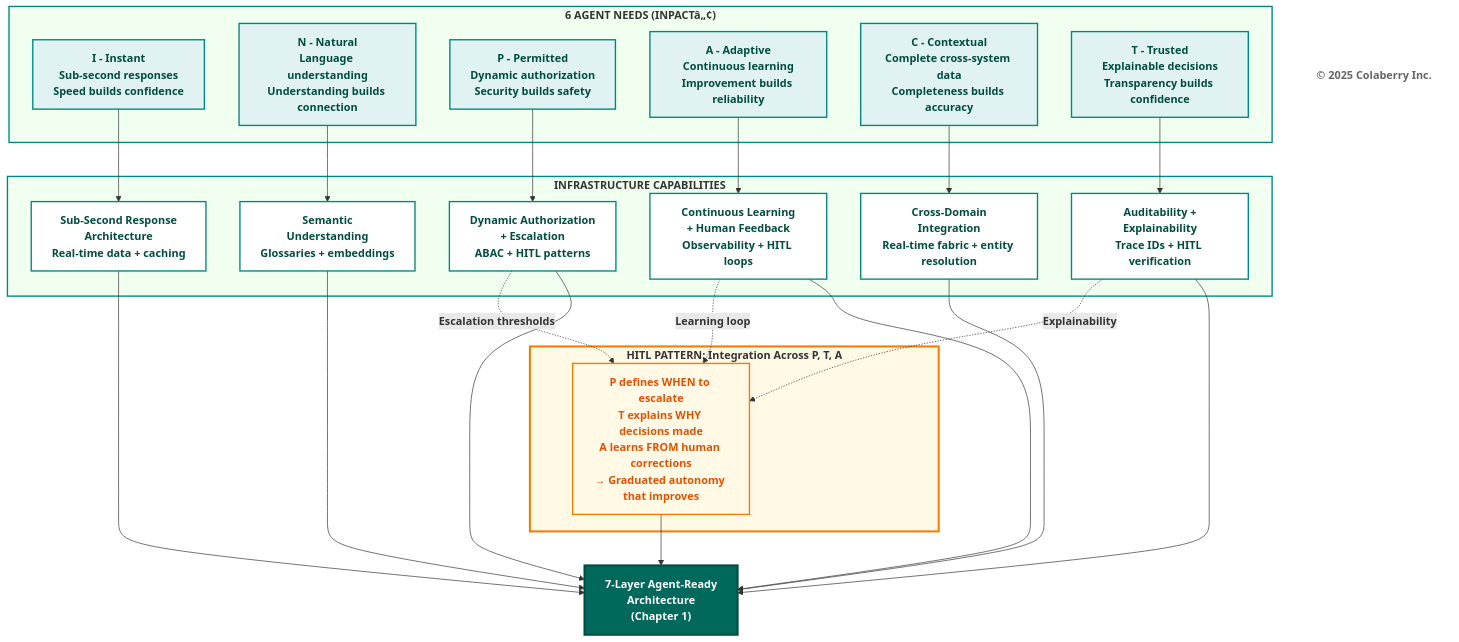
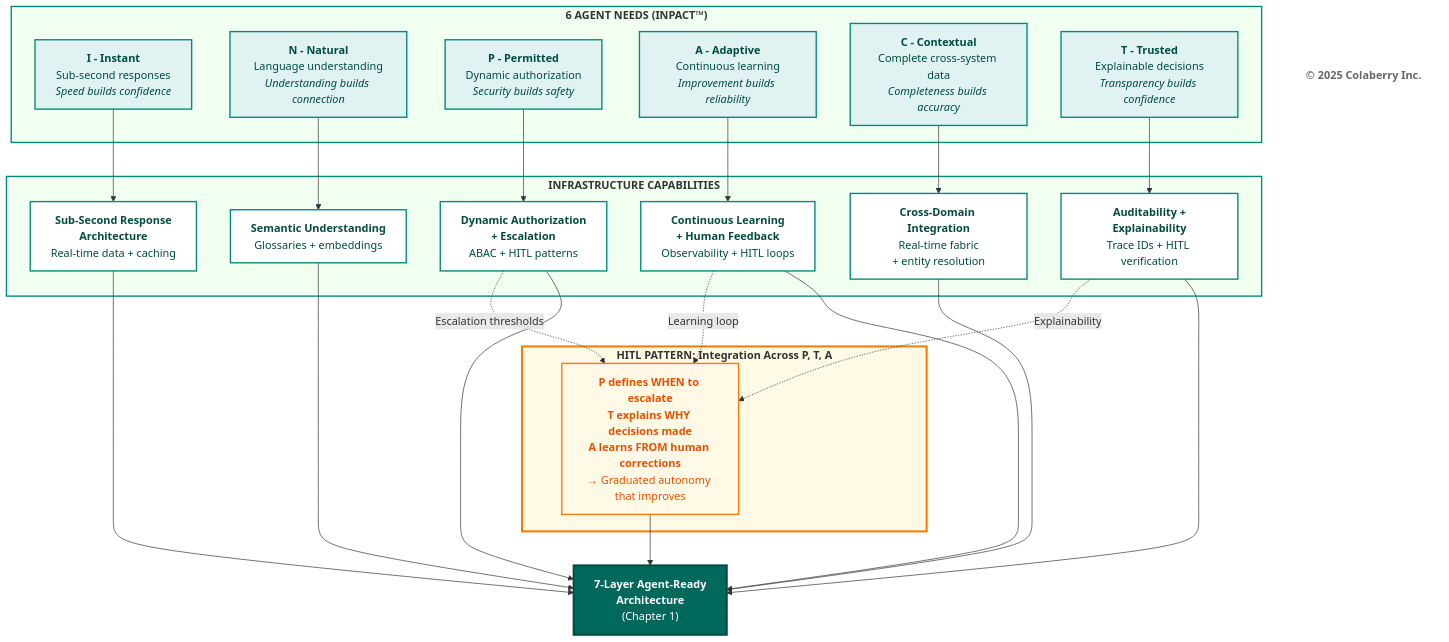
Before and after one commit to colaberry/enterprise-data-readiness-ai-agents: the third of 9 diagrams in chapter-00/chapter_00_complete.md, drawn with Mermaid. The commit also changed other lines of this file, not shown here.

````diff
--- a/chapter-00/chapter_00_complete.md
+++ b/chapter-00/chapter_00_complete.md
@@ -230,69 +239,69 @@
 ```mermaid
 
 graph TB
-    subgraph NEEDS["<b>6 AGENT NEEDS (INPACTâ„¢)</b>"]
-        I["<b>I - Instant</b><br/><b>Sub-second responses</b><br/><b>Speed builds confidence</b>"]
-        N["<b>N - Natural</b><br/><b>Language understanding</b><br/><b>Understanding builds connection</b>"]
-        P["<b>P - Permitted</b><br/><b>Dynamic authorization</b><br/><b>Security builds safety</b>"]
-        A["<b>A - Adaptive</b><br/><b>Continuous learning</b><br/><b>Improvement builds reliability</b>"]
-        C["<b>C - Contextual</b><br/><b>Complete cross-system data</b><br/><b>Completeness builds accuracy</b>"]
-        T["<b>T - Trusted</b><br/><b>Explainable decisions</b><br/><b>Transparency builds confidence</b>"]
+    subgraph NEEDS["<b>6 AGENT NEEDS (INPACT™)</b>"]
+        I["<b>I - Instant</b><br/>Sub-second responses<br/><i>Speed builds confidence</i>"]
+        N["<b>N - Natural</b><br/>Language understanding<br/><i>Understanding builds connection</i>"]
+        P["<b>P - Permitted</b><br/>Dynamic authorization<br/><i>Security builds safety</i>"]
+        A["<b>A - Adaptive</b><br/>Continuous learning<br/><i>Improvement builds reliability</i>"]
+        C["<b>C - Contextual</b><br/>Complete cross-system data<br/><i>Completeness builds accuracy</i>"]
+        T["<b>T - Trusted</b><br/>Explainable decisions<br/><i>Transparency builds confidence</i>"]
     end
     
     subgraph CAPABILITIES["<b>INFRASTRUCTURE CAPABILITIES</b>"]
-        I_CAP["<b>Sub-Second Response</b><br/><b>Architecture</b><br/><b>Real-time data + caching</b>"]
-        N_CAP["<b>Semantic</b><br/><b>Understanding</b><br/><b>Glossaries + embeddings</b>"]
-        P_CAP["<b>Dynamic Authorization</b><br/><b>+ Escalation</b><br/><b>ABAC + HITL patterns</b>"]
-        A_CAP["<b>Continuous Learning</b><br/><b>+ Human Feedback</b><br/><b>Observability + HITL loops</b>"]
-        C_CAP["<b>Cross-Domain</b><br/><b>Integration</b><br/><b>Real-time fabric + entity resolution</b>"]
-        T_CAP["<b>Auditability +</b><br/><b>Explainability</b><br/><b>Trace IDs + HITL verification</b>"]
+        I_CAP["<b>Sub-Second Response</b><br/><b>Architecture</b><br/>Real-time data + caching"]
+        N_CAP["<b>Semantic Understanding</b><br/>Glossaries + embeddings"]
+        P_CAP["<b>Dynamic Authorization</b><br/><b>+ Escalation</b><br/>ABAC + HITL patterns"]
+        A_CAP["<b>Continuous Learning</b><br/><b>+ Human Feedback</b><br/>Observability + HITL loops"]
+        C_CAP["<b>Cross-Domain Integration</b><br/>Real-time fabric<br/>+ entity resolution"]
+        T_CAP["<b>Auditability +</b><br/><b>Explainability</b><br/>Trace IDs + HITL verification"]
     end
     
     I --> I_CAP
     N --> N_CAP
     P --> P_CAP
     A --> A_CAP
     C --> C_CAP
     T --> T_CAP
     
     subgraph HITL["<b>HITL PATTERN: Integration Across P, T, A</b>"]
-        HITL_DESC["<b>P defines WHEN to escalate</b><br/><b>T explains WHY decisions made</b><br/><b>A learns FROM human corrections</b><br/><b>→ Graduated autonomy that improves</b>"]
+        HITL_DESC["<b>P defines WHEN to escalate</b><br/><b>T explains WHY decisions made</b><br/><b>A learns FROM human corrections</b><br/>→ Graduated autonomy that improves"]
     end
     
-    P_CAP -.->|<b>Escalation thresholds</b>| HITL_DESC
-    T_CAP -.->|<b>Explainability</b>| HITL_DESC
-    A_CAP -.->|<b>Learning loop</b>| HITL_DESC
+    P_CAP -.->|Escalation thresholds| HITL_DESC
+    T_CAP -.->|Explainability| HITL_DESC
+    A_CAP -.->|Learning loop| HITL_DESC
     
-    I_CAP --> ARCH["<b>7-Layer Agent-Ready</b><br/><b>Architecture</b><br/><b>(Chapter 1)</b>"]
+    I_CAP --> ARCH["<b>7-Layer Agent-Ready</b><br/><b>Architecture</b><br/>(Chapter 1)"]
     N_CAP --> ARCH
     P_CAP --> ARCH
     A_CAP --> ARCH
     C_CAP --> ARCH
     T_CAP --> ARCH
     HITL_DESC --> ARCH
     
     style NEEDS fill:#f0fff0,stroke:#00897b,stroke-width:2px
     style I fill:#e0f2f1,stroke:#00897b,stroke-width:2px,color:#004d40
     style N fill:#e0f2f1,stroke:#00897b,stroke-width:2px,color:#004d40
     style P fill:#e0f2f1,stroke:#00897b,stroke-width:2px,color:#004d40
     style A fill:#e0f2f1,stroke:#00897b,stroke-width:2px,color:#004d40
     style C fill:#e0f2f1,stroke:#00897b,stroke-width:2px,color:#004d40
     style T fill:#e0f2f1,stroke:#00897b,stroke-width:2px,color:#004d40
     
     style CAPABILITIES fill:#f0fff0,stroke:#00897b,stroke-width:2px
     style I_CAP fill:#ffffff,stroke:#00897b,stroke-width:2px,color:#004d40
     style N_CAP fill:#ffffff,stroke:#00897b,stroke-width:2px,color:#004d40
     style P_CAP fill:#ffffff,stroke:#00897b,stroke-width:2px,color:#004d40
     style A_CAP fill:#ffffff,stroke:#00897b,stroke-width:2px,color:#004d40
     style C_CAP fill:#ffffff,stroke:#00897b,stroke-width:2px,color:#004d40
     style T_CAP fill:#ffffff,stroke:#00897b,stroke-width:2px,color:#004d40
     
     style HITL fill:#fff9e6,stroke:#f57c00,stroke-width:3px
     style HITL_DESC fill:#fff9e6,stroke:#f57c00,stroke-width:2px,color:#e65100
     
     style ARCH fill:#00695c,color:#ffffff,stroke:#004d40,stroke-width:3px
     
     Copyright["<b>© 2025 Colaberry Inc.</b>"]
     style Copyright fill:#ffffff,stroke:none,color:#666666
 
 ```
````
